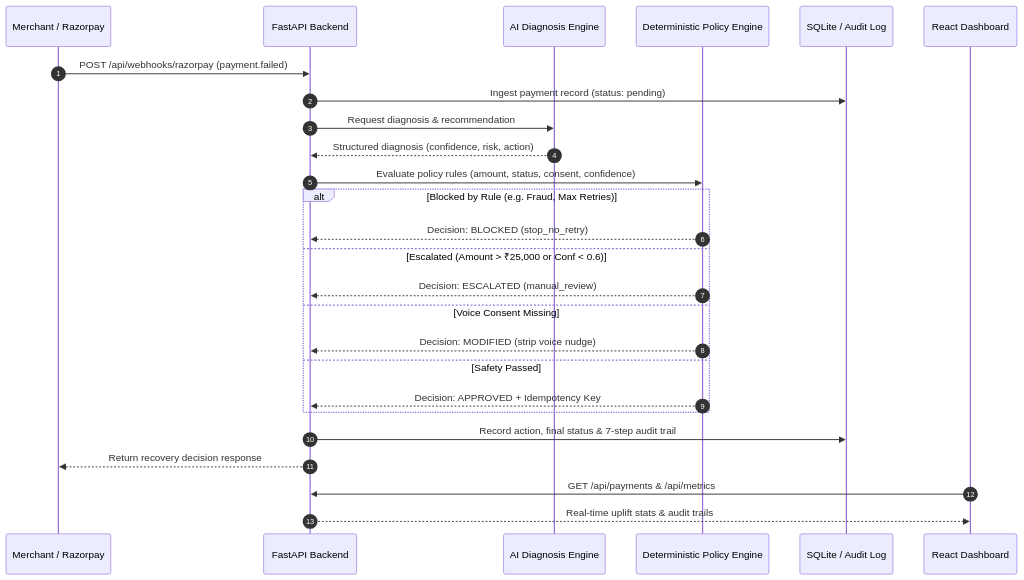
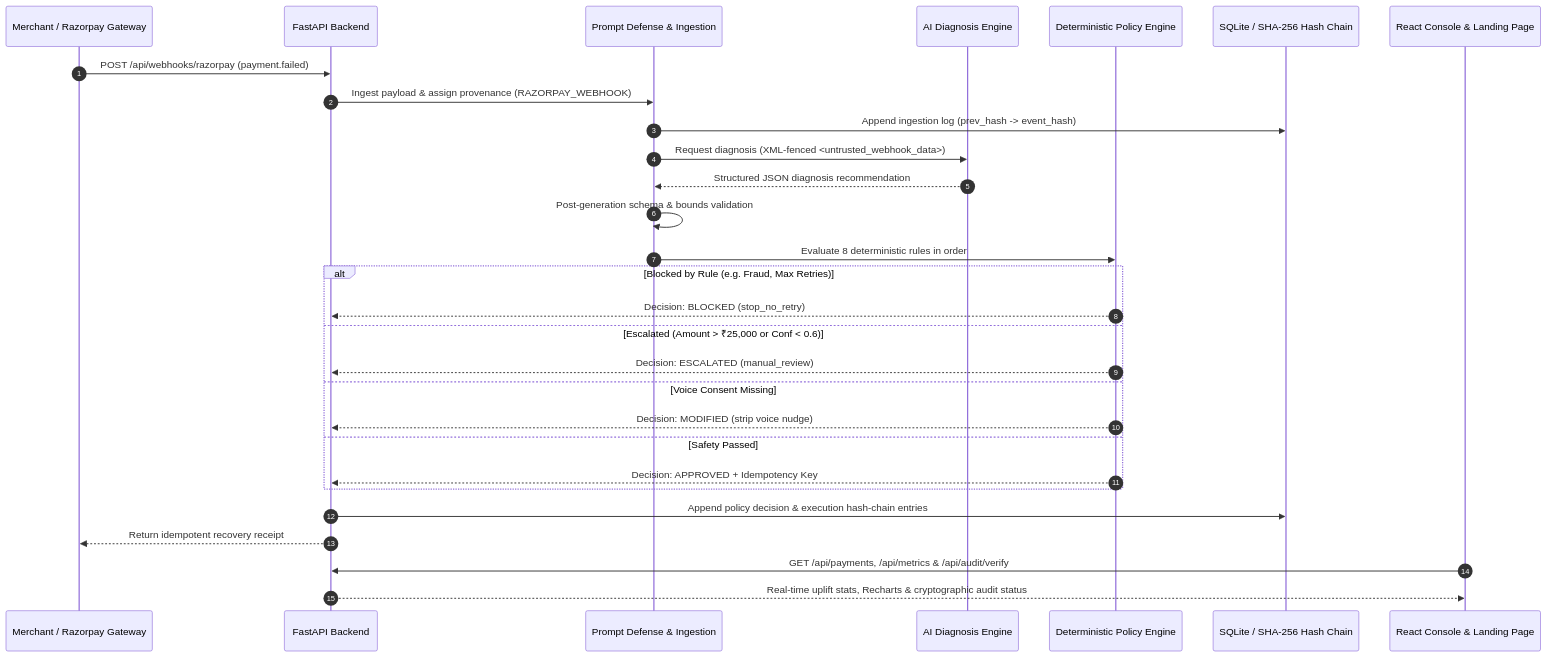
The second of 3 diagrams in README.md (anishahuja1/RecoverIQ-policy-gated-recovery-agent), drawn with Mermaid before and after one commit. The commit also changed other lines of this file, not shown here.

````diff
--- a/README.md
+++ b/README.md
@@ -62,31 +79,34 @@
 ```mermaid
 sequenceDiagram
     autonumber
-    participant Merchant as Merchant / Razorpay
+    participant Merchant as Merchant / Razorpay Gateway
     participant API as FastAPI Backend
+    participant Guard as Prompt Defense & Ingestion
     participant LLM as AI Diagnosis Engine
     participant Policy as Deterministic Policy Engine
-    participant DB as SQLite / Audit Log
-    participant UI as React Dashboard
+    participant DB as SQLite / SHA-256 Hash Chain
+    participant UI as React Console & Landing Page
 
     Merchant->>API: POST /api/webhooks/razorpay (payment.failed)
-    API->>DB: Ingest payment record (status: pending)
-    API->>LLM: Request diagnosis & recommendation
-    LLM-->>API: Structured diagnosis (confidence, risk, action)
-    API->>Policy: Evaluate policy rules (amount, status, consent, confidence)
+    API->>Guard: Ingest payload & assign provenance (RAZORPAY_WEBHOOK)
+    Guard->>DB: Append ingestion log (prev_hash -> event_hash)
+    Guard->>LLM: Request diagnosis (XML-fenced <untrusted_webhook_data>)
+    LLM-->>Guard: Structured JSON diagnosis recommendation
+    Guard->>Guard: Post-generation schema & bounds validation
+    Guard->>Policy: Evaluate 8 deterministic rules in order
     
     alt Blocked by Rule (e.g. Fraud, Max Retries)
         Policy-->>API: Decision: BLOCKED (stop_no_retry)
     else Escalated (Amount > ₹25,000 or Conf < 0.6)
         Policy-->>API: Decision: ESCALATED (manual_review)
     else Voice Consent Missing
         Policy-->>API: Decision: MODIFIED (strip voice nudge)
     else Safety Passed
         Policy-->>API: Decision: APPROVED + Idempotency Key
     end
 
-    API->>DB: Record action, final status & 7-step audit trail
-    API-->>Merchant: Return recovery decision response
-    UI->>API: GET /api/payments & /api/metrics
-    API-->>UI: Real-time uplift stats & audit trails
+    API->>DB: Append policy decision & execution hash-chain entries
+    API-->>Merchant: Return idempotent recovery receipt
+    UI->>API: GET /api/payments, /api/metrics & /api/audit/verify
+    API-->>UI: Real-time uplift stats, Recharts & cryptographic audit status
 ```
````
